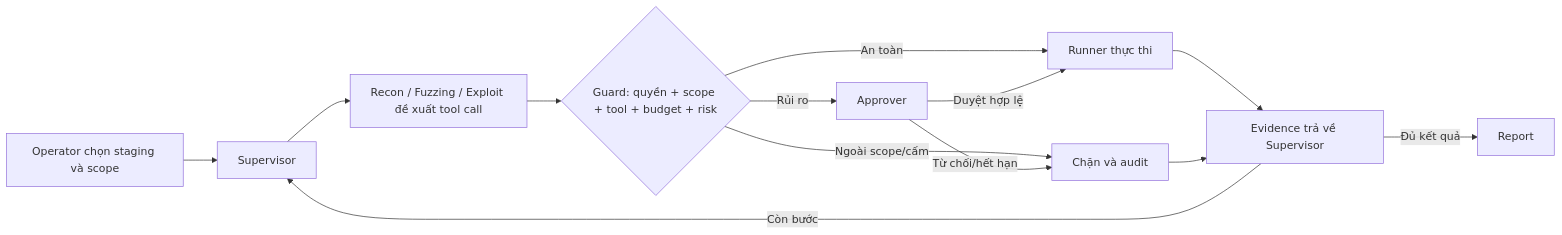
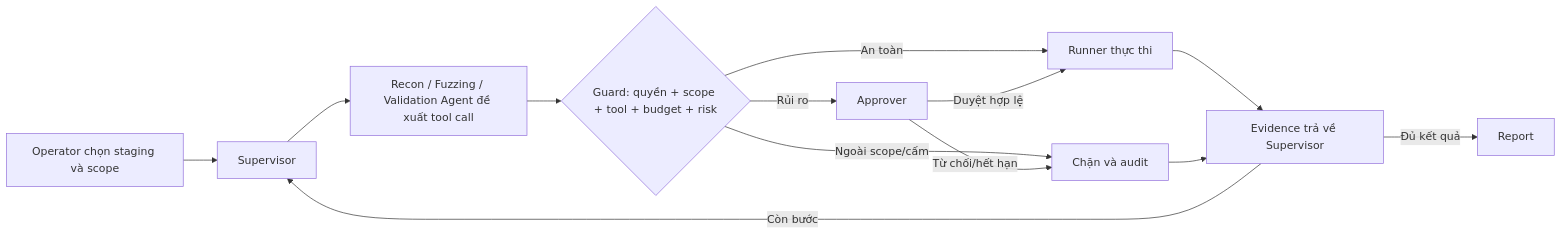
The diagram in README.md (htungf211004/Agent_recon), drawn with Mermaid before and after one commit. The commit also changed other lines of this file and 64 other files, not shown here.

````diff
--- a/README.md
+++ b/README.md
@@ -65,15 +65,15 @@
 ```mermaid
 flowchart LR
     A[Operator chọn staging và scope] --> B[Supervisor]
-    B --> C[Recon / Fuzzing / Exploit đề xuất tool call]
+    B --> C[Recon / Fuzzing / Validation Agent đề xuất tool call]
     C --> G{Guard: quyền + scope + tool + budget + risk}
     G -->|Ngoài scope/cấm| J[Chặn và audit]
     G -->|An toàn| I[Runner thực thi]
     G -->|Rủi ro| H[Approver]
     H -->|Duyệt hợp lệ| I
     H -->|Từ chối/hết hạn| J
     I --> K[Evidence trả về Supervisor]
     J --> K
     K -->|Còn bước| B
     K -->|Đủ kết quả| L[Report]
 ```
````
